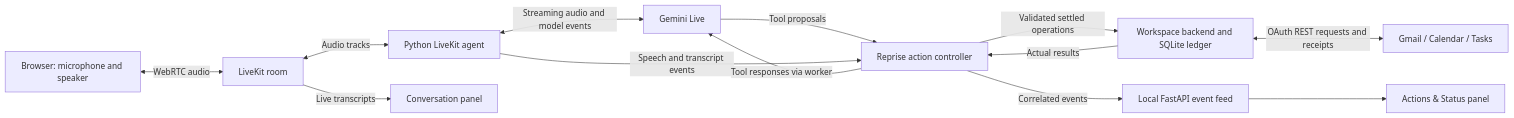
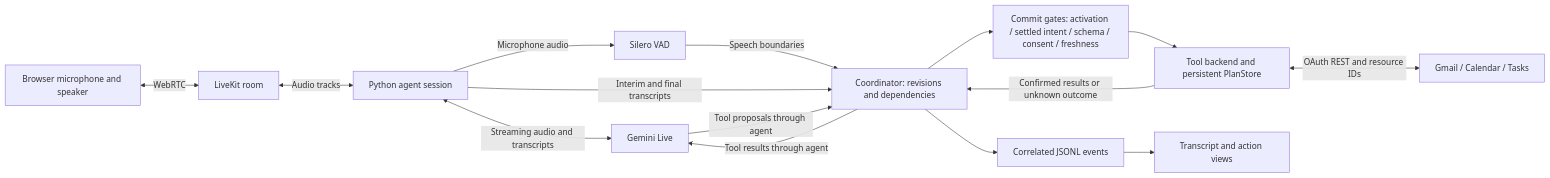
One commit to sahaj24/samsung-prism-test changed the diagram in README.md. Above: the diagram before and after it, drawn with Mermaid. The commit also changed other lines of this file and 153 other files, not shown here.

Commit message:
feat: finalize Reprise realtime agent release

````diff
--- a/README.md
+++ b/README.md
@@ -22,15 +27,17 @@
 ```mermaid
 flowchart LR
-    Browser[Browser: microphone and speaker] <-->|WebRTC audio| LiveKit[LiveKit room]
-    LiveKit <-->|Audio tracks| Worker[Python LiveKit agent]
-    Worker <-->|Streaming audio and model events| Gemini[Gemini Live]
-    Gemini -->|Tool proposals| Controller[Reprise action controller]
-    Worker -->|Speech and transcript events| Controller
-    Controller -->|Validated settled operations| Workspace[Workspace backend and SQLite ledger]
-    Workspace <-->|OAuth REST requests and receipts| Google[Gmail / Calendar / Tasks]
-    Workspace -->|Actual results| Controller
-    Controller -->|Tool responses via worker| Gemini
-    LiveKit -->|Live transcripts| UI[Conversation panel]
-    Controller -->|Correlated events| Server[Local FastAPI event feed]
-    Server --> Actions[Actions & Status panel]
+    Browser[Browser microphone and speaker] <-->|WebRTC| LK[LiveKit room]
+    LK <-->|Audio tracks| Agent[Python agent session]
+    Agent <-->|Streaming audio and transcripts| Gemini[Gemini Live]
+    Agent -->|Microphone audio| VAD[Silero VAD]
+    VAD -->|Speech boundaries| Coordinator[Coordinator: revisions and dependencies]
+    Agent -->|Interim and final transcripts| Coordinator
+    Gemini -->|Tool proposals through agent| Coordinator
+    Coordinator --> Gates[Commit gates: activation / settled intent / schema / consent / freshness]
+    Gates --> Backend[Tool backend and persistent PlanStore]
+    Backend <-->|OAuth REST and resource IDs| Google[Gmail / Calendar / Tasks]
+    Backend -->|Confirmed results or unknown outcome| Coordinator
+    Coordinator -->|Tool results through agent| Gemini
+    Coordinator --> Trace[Correlated JSONL events]
+    Trace --> UI[Transcript and action views]
 ```
````
